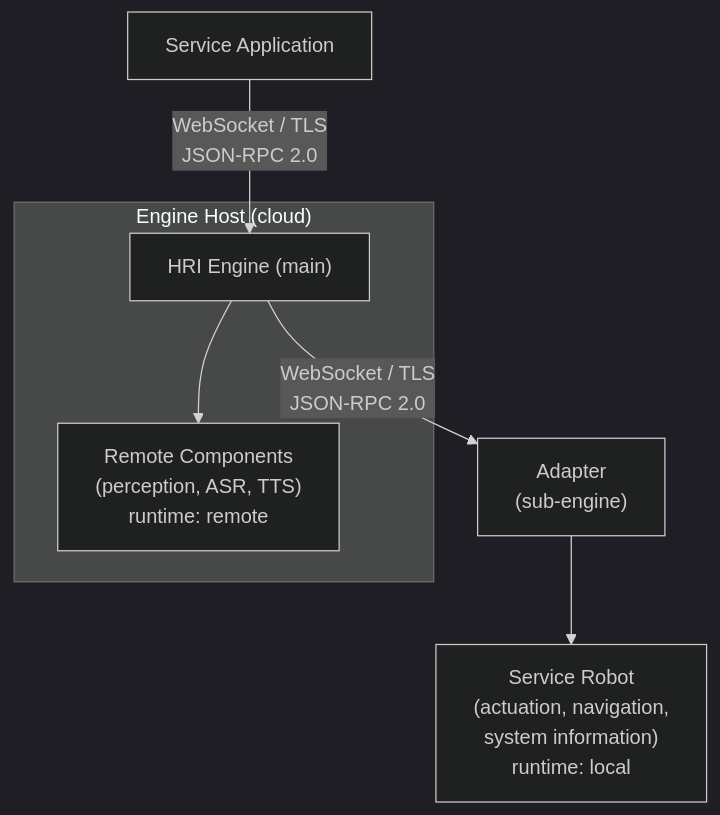
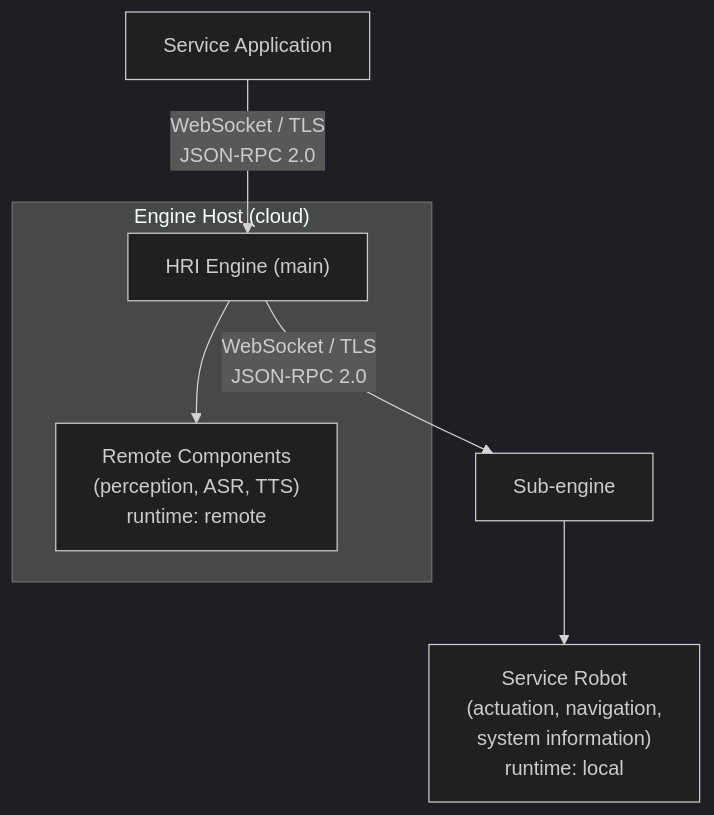
Before and after one commit to openrois/openrois: diagram 11 of 17 in docs/white-paper.md, drawn with Mermaid (dark theme). The commit also changed other lines of this file and 48 other files, not shown here.

First line of the commit message:
docs: align architecture diagram and terminology across public docs

````diff
--- a/docs/white-paper.md
+++ b/docs/white-paper.md
@@ -1333,14 +1353,14 @@
 ```mermaid
 flowchart TB
     App["Service Application"]
     App -->|"WebSocket / TLS<br/>JSON-RPC 2.0"| GW
 
     subgraph Cloud["Engine Host (cloud)"]
         GW["HRI Engine (main)"]
         RemoteComponents["Remote Components<br/>(perception, ASR, TTS)<br/>runtime: remote"]
         GW --> RemoteComponents
     end
 
-    GW -->|"WebSocket / TLS<br/>JSON-RPC 2.0"| Adapter["Adapter<br/>(sub-engine)"]
-    Adapter --> Robot["Service Robot<br/>(actuation, navigation,<br/>system information)<br/>runtime: local"]
+    GW -->|"WebSocket / TLS<br/>JSON-RPC 2.0"| SubEngine["Sub-engine"]
+    SubEngine --> Robot["Service Robot<br/>(actuation, navigation,<br/>system information)<br/>runtime: local"]
 ```
````
